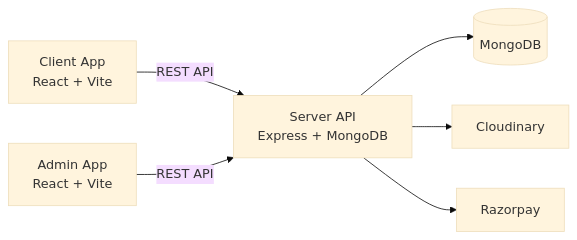
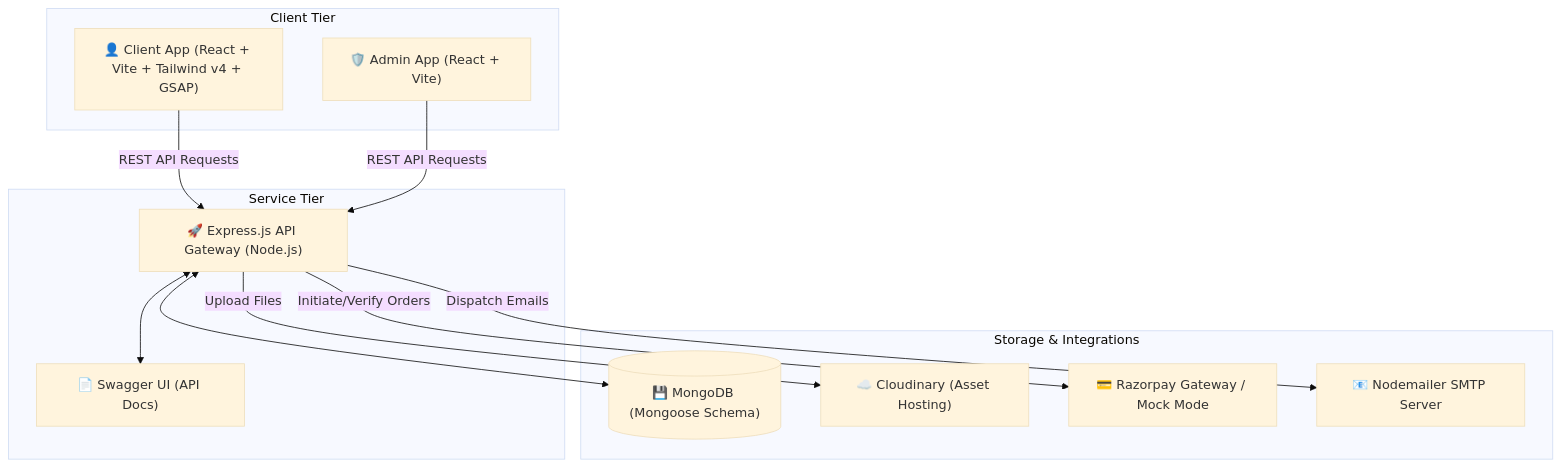
One commit to Dhyey-19/OneQR changed the diagram in README.md. Above: the diagram before and after it, drawn with Mermaid (base theme). The commit also changed other lines of this file and 3 other files, not shown here.

````diff
--- a/README.md
+++ b/README.md
@@ -38,11 +101,27 @@
 ```mermaid
-flowchart LR
-  A[Client App
-React + Vite] -->|REST API| B[Server API
-Express + MongoDB]
-  C[Admin App
-React + Vite] -->|REST API| B
-  B --> D[(MongoDB)]
-  B --> E[Cloudinary]
-  B --> F[Razorpay]
+flowchart TD
+    subgraph Client Tier [Client Tier]
+        A["👤 Client App (React + Vite + Tailwind v4 + GSAP)"]
+        B["🛡️ Admin App (React + Vite)"]
+    end
+
+    subgraph Service Tier [Service Tier]
+        C["🚀 Express.js API Gateway (Node.js)"]
+        D["📄 Swagger UI (API Docs)"]
+    end
+
+    subgraph Storage & Cloud [Storage & Integrations]
+        E[("💾 MongoDB (Mongoose Schema)")]
+        F["☁️ Cloudinary (Asset Hosting)"]
+        G["💳 Razorpay Gateway / Mock Mode"]
+        H["📧 Nodemailer SMTP Server"]
+    end
+
+    A -->|REST API Requests| C
+    B -->|REST API Requests| C
+    C <--> D
+    C <--> E
+    C -->|Upload Files| F
+    C -->|Initiate/Verify Orders| G
+    C -->|Dispatch Emails| H
 ```
````
